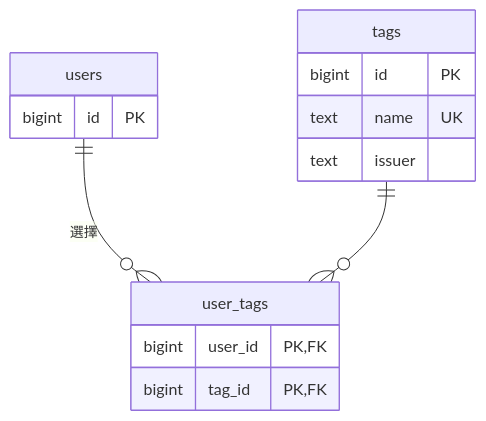
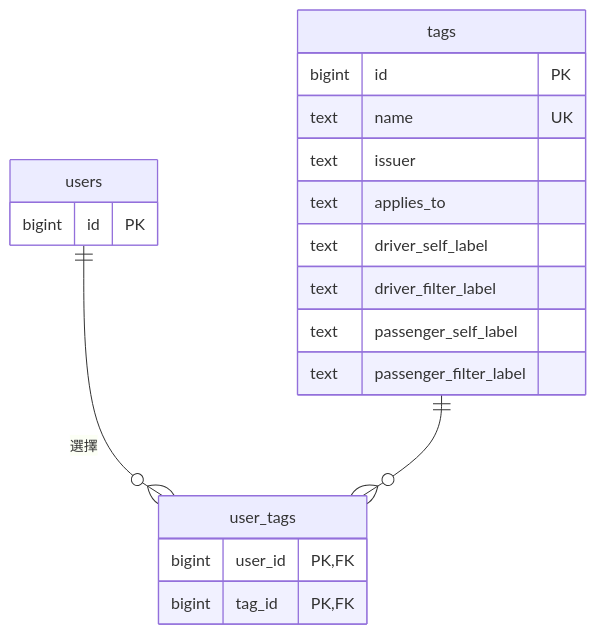
The third of 15 diagrams in docs/design.md (sohoffice/debugthon-carpool), drawn with Mermaid before and after one commit. The commit also changed other lines of this file and 1 other file, not shown here.

First line of the commit message:
docs: split tags by side with per-side wording; driver filters are required only

````diff
--- a/docs/design.md
+++ b/docs/design.md
@@ -497,18 +497,23 @@
 ```mermaid
 erDiagram
     users ||--o{ user_tags : "選擇"
     tags ||--o{ user_tags : ""
 
     tags {
         bigint id PK
         text name UK
         text issuer
+        text applies_to
+        text driver_self_label
+        text driver_filter_label
+        text passenger_self_label
+        text passenger_filter_label
     }
     user_tags {
         bigint user_id PK, FK
         bigint tag_id PK, FK
     }
     users {
         bigint id PK
     }
 ```
````
